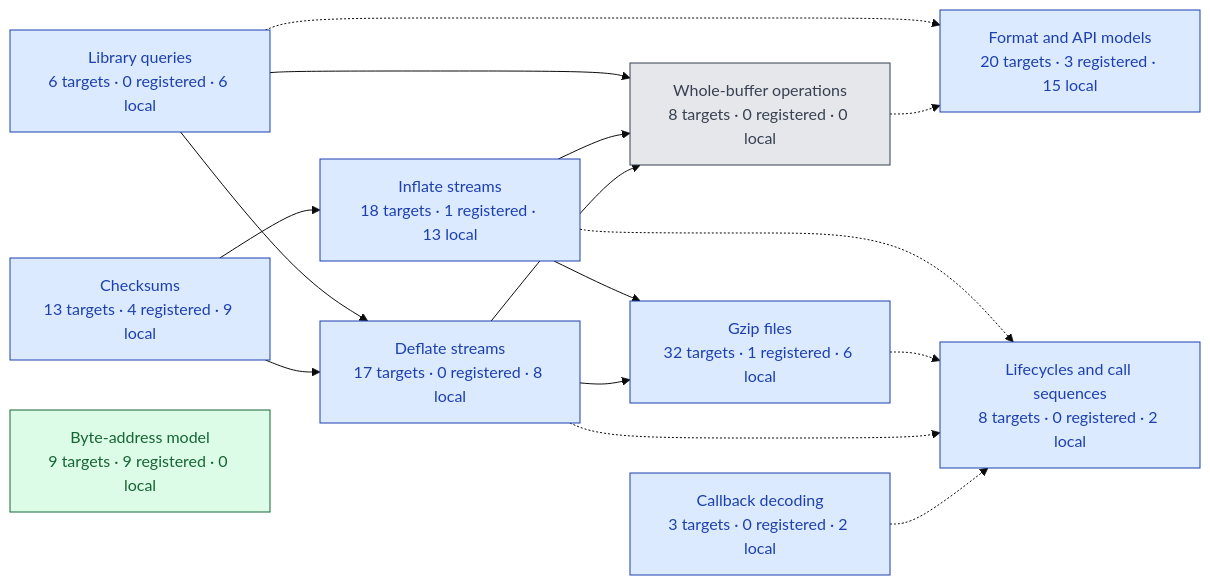
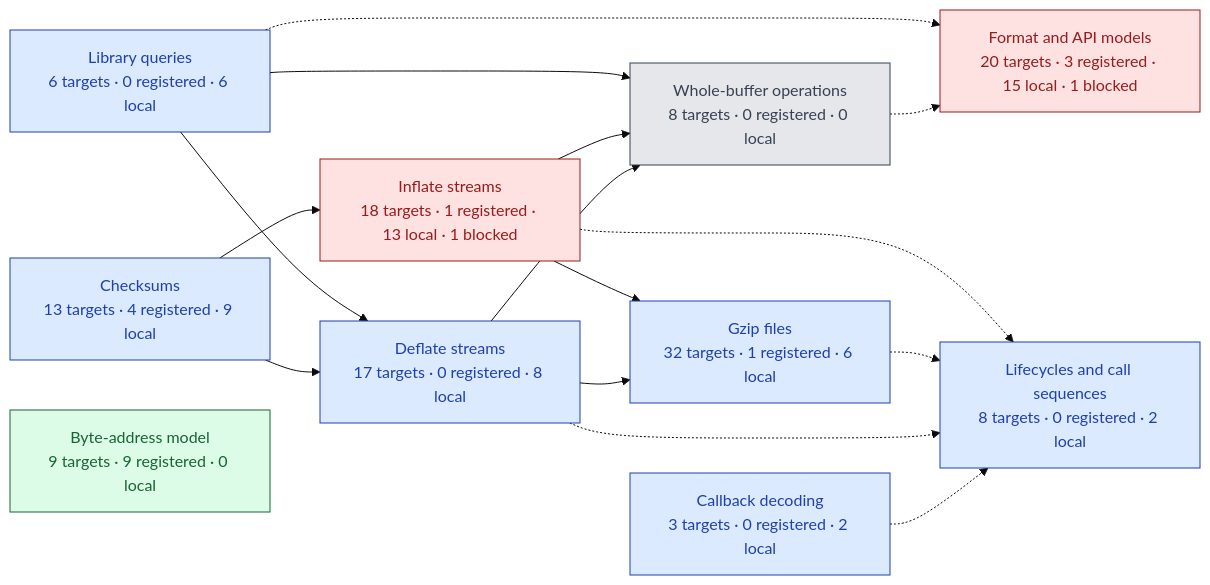
Before and after one commit to cla7aye15I4nd/zlib-f: the diagram in docs/overview.md, drawn with Mermaid (base theme). The commit also changed other lines of this file and 3 other files, not shown here.

````diff
--- a/docs/overview.md
+++ b/docs/overview.md
@@ -26,40 +35,41 @@
 ```mermaid
 flowchart LR
   queries["Library queries<br/>6 targets · 0 registered · 6 local"]:::local
   checksums["Checksums<br/>13 targets · 4 registered · 9 local"]:::local
   addresses["Byte-address model<br/>9 targets · 9 registered · 0 local"]:::registered
-  inflate["Inflate streams<br/>18 targets · 1 registered · 13 local"]:::local
+  inflate["Inflate streams<br/>18 targets · 1 registered · 13 local · 1 blocked"]:::blocked
   deflate["Deflate streams<br/>17 targets · 0 registered · 8 local"]:::local
   back["Callback decoding<br/>3 targets · 0 registered · 2 local"]:::local
   gzip["Gzip files<br/>32 targets · 1 registered · 6 local"]:::local
   buffers["Whole-buffer operations<br/>8 targets · 0 registered · 0 local"]:::open
-  models["Format and API models<br/>20 targets · 3 registered · 15 local"]:::local
+  models["Format and API models<br/>20 targets · 3 registered · 15 local · 1 blocked"]:::blocked
   lifecycle["Lifecycles and call sequences<br/>8 targets · 0 registered · 2 local"]:::local
   back -.-> lifecycle
   buffers -.-> models
   checksums --> deflate
   checksums --> inflate
   deflate --> buffers
   deflate --> gzip
   deflate -.-> lifecycle
   gzip -.-> lifecycle
   inflate --> buffers
   inflate --> gzip
   inflate -.-> lifecycle
   queries --> buffers
   queries --> deflate
   queries -.-> models
   click queries href "./progress.md#group-queries" "Open group index"
   click checksums href "./progress.md#group-checksums" "Open group index"
   click addresses href "./progress.md#group-addresses" "Open group index"
   click inflate href "./progress.md#group-inflate" "Open group index"
   click deflate href "./progress.md#group-deflate" "Open group index"
   click back href "./progress.md#group-back" "Open group index"
   click gzip href "./progress.md#group-gzip" "Open group index"
   click buffers href "./progress.md#group-buffers" "Open group index"
   click models href "./progress.md#group-models" "Open group index"
   click lifecycle href "./progress.md#group-lifecycle" "Open group index"
   classDef registered fill:#dcfce7,color:#166534,stroke:#166534
   classDef local fill:#dbeafe,color:#1e40af,stroke:#1e40af
   classDef open fill:#e5e7eb,color:#374151,stroke:#374151
+  classDef blocked fill:#fee2e2,color:#991b1b,stroke:#991b1b
 ```
````
